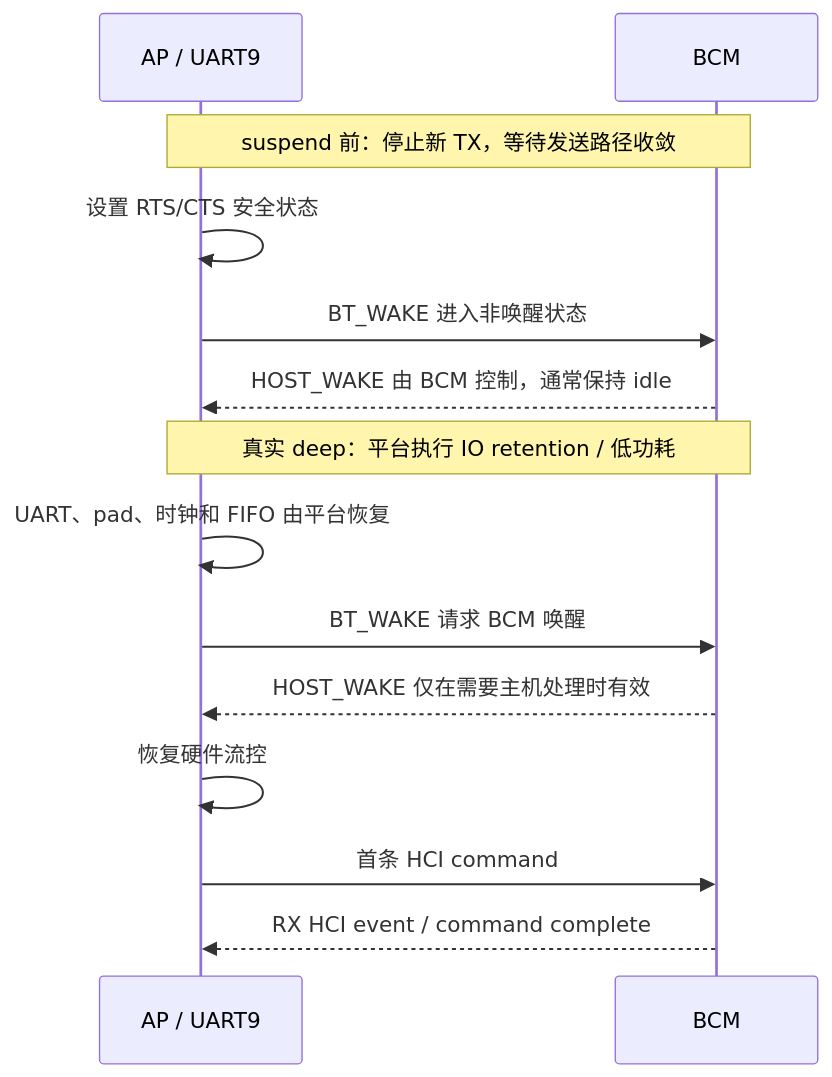
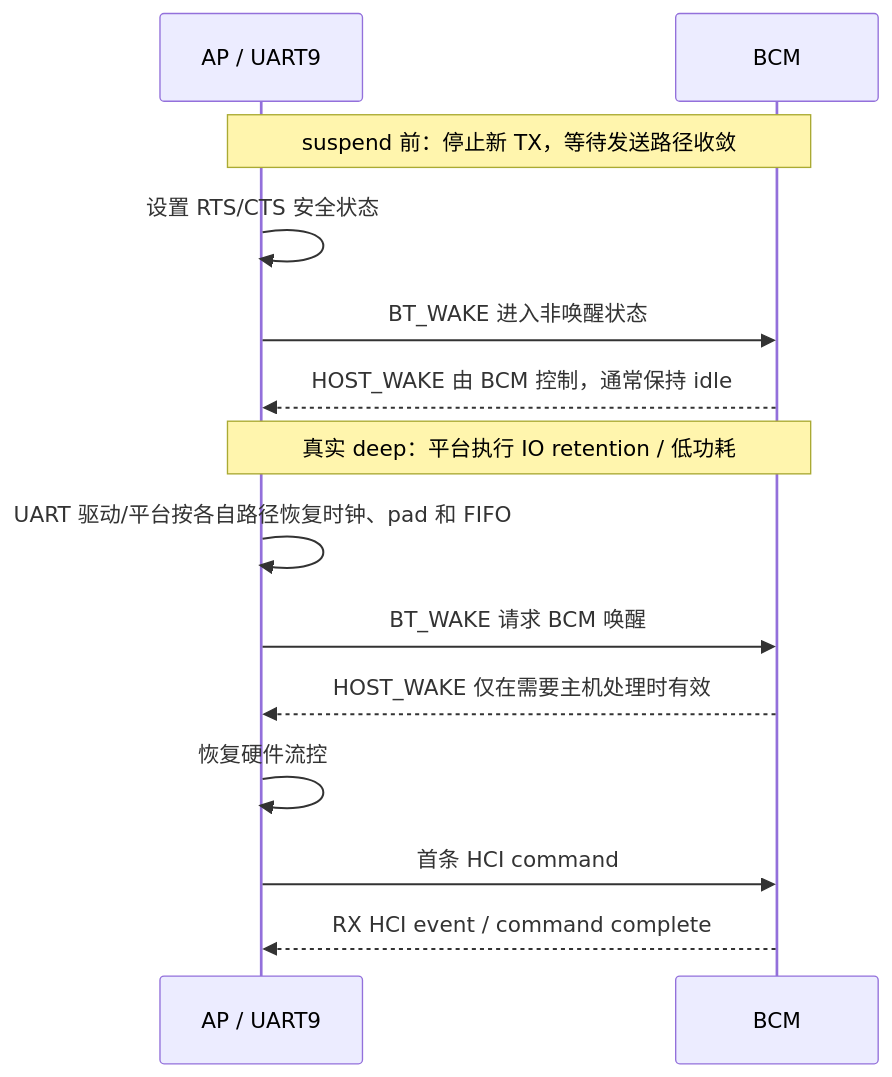
One commit to ArseneWg/dw-mmc-deep-dive changed the ninth of 12 diagrams in 07_bcm_bluetooth_deep_suspend_resume.md. Above: the diagram before and after it, drawn with Mermaid. The commit also changed other lines of this file, not shown here.

```diff
--- a/07_bcm_bluetooth_deep_suspend_resume.md
+++ b/07_bcm_bluetooth_deep_suspend_resume.md
@@ -673,16 +700,16 @@
 ~~~mermaid
 sequenceDiagram
     participant H as AP / UART9
     participant B as BCM
     Note over H,B: suspend 前：停止新 TX，等待发送路径收敛
     H->>H: 设置 RTS/CTS 安全状态
     H->>B: BT_WAKE 进入非唤醒状态
     B-->>H: HOST_WAKE 由 BCM 控制，通常保持 idle
     Note over H,B: 真实 deep：平台执行 IO retention / 低功耗
-    H->>H: UART、pad、时钟和 FIFO 由平台恢复
+    H->>H: UART 驱动/平台按各自路径恢复时钟、pad 和 FIFO
     H->>B: BT_WAKE 请求 BCM 唤醒
     B-->>H: HOST_WAKE 仅在需要主机处理时有效
     H->>H: 恢复硬件流控
     H->>B: 首条 HCI command
     B-->>H: RX HCI event / command complete
 ~~~
```
